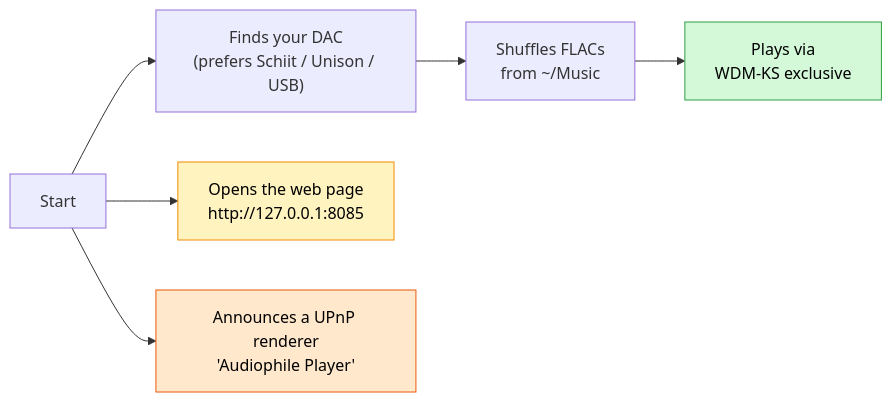
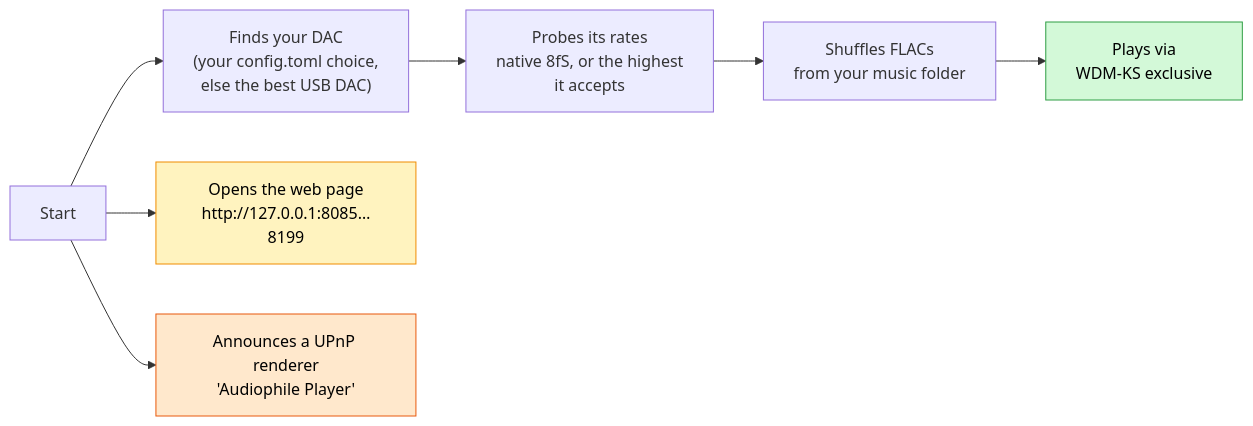
One commit to androxylo/audiophile_player changed the second of 5 diagrams in docs/GETTING_STARTED.md. Above: the diagram before and after it, drawn with Mermaid. The commit also changed other lines of this file and 11 other files, not shown here.

````diff
--- a/docs/GETTING_STARTED.md
+++ b/docs/GETTING_STARTED.md
@@ -97,9 +24,9 @@
 ```mermaid
 flowchart LR
-    S["Start"] --> D["Finds your DAC<br/>(prefers Schiit / Unison / USB)"] --> M["Shuffles FLACs<br/>from ~/Music"] --> P["Plays via<br/>WDM-KS exclusive"]
-    S --> W["Opens the web page<br/>http://127.0.0.1:8085"]
+    S["Start"] --> D["Finds your DAC<br/>(your config.toml choice,<br/>else the best USB DAC)"] --> R["Probes its rates<br/>native 8fS, or the highest<br/>it accepts"] --> M["Shuffles FLACs<br/>from your music folder"] --> P["Plays via<br/>WDM-KS exclusive"]
+    S --> W["Opens the web page<br/>http://127.0.0.1:8085…8199"]
     S --> U["Announces a UPnP renderer<br/>'Audiophile Player'"]
     style P fill:#d3f9d8,stroke:#2f9e44,color:#000
     style W fill:#fff3bf,stroke:#f08c00,color:#000
     style U fill:#ffe8cc,stroke:#e8590c,color:#000
 ```
````
